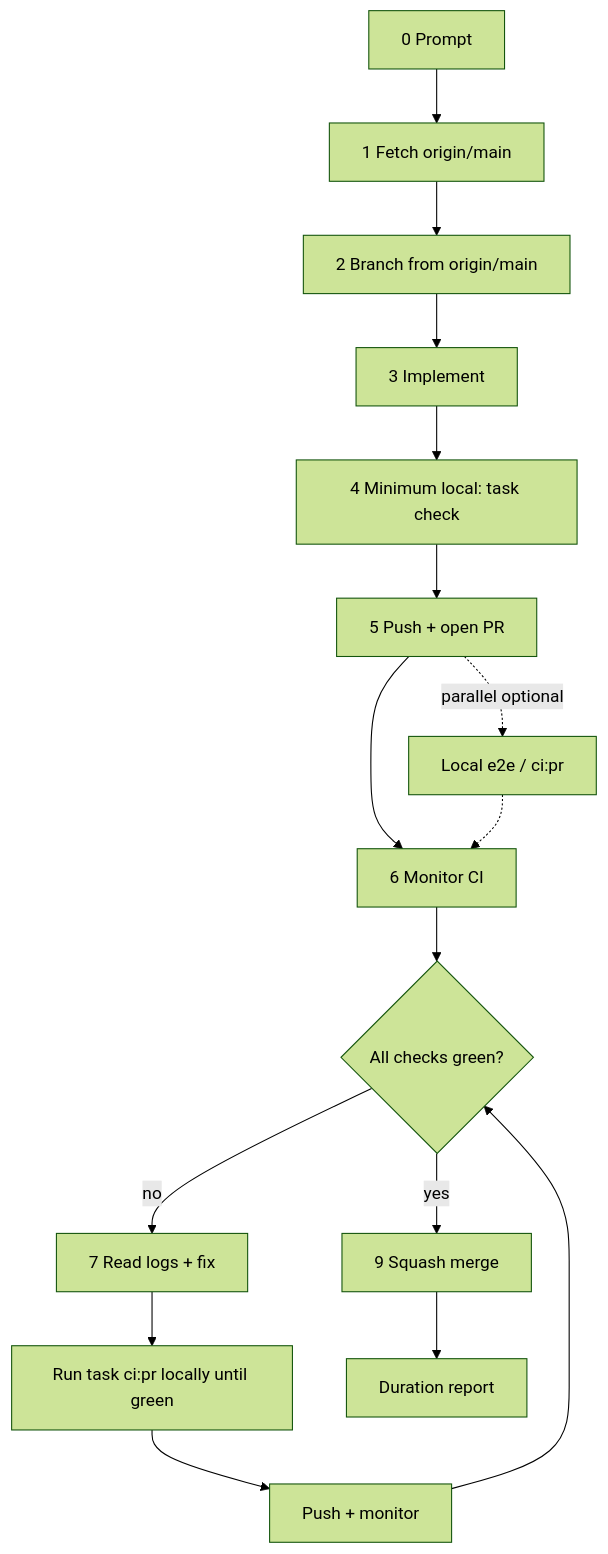
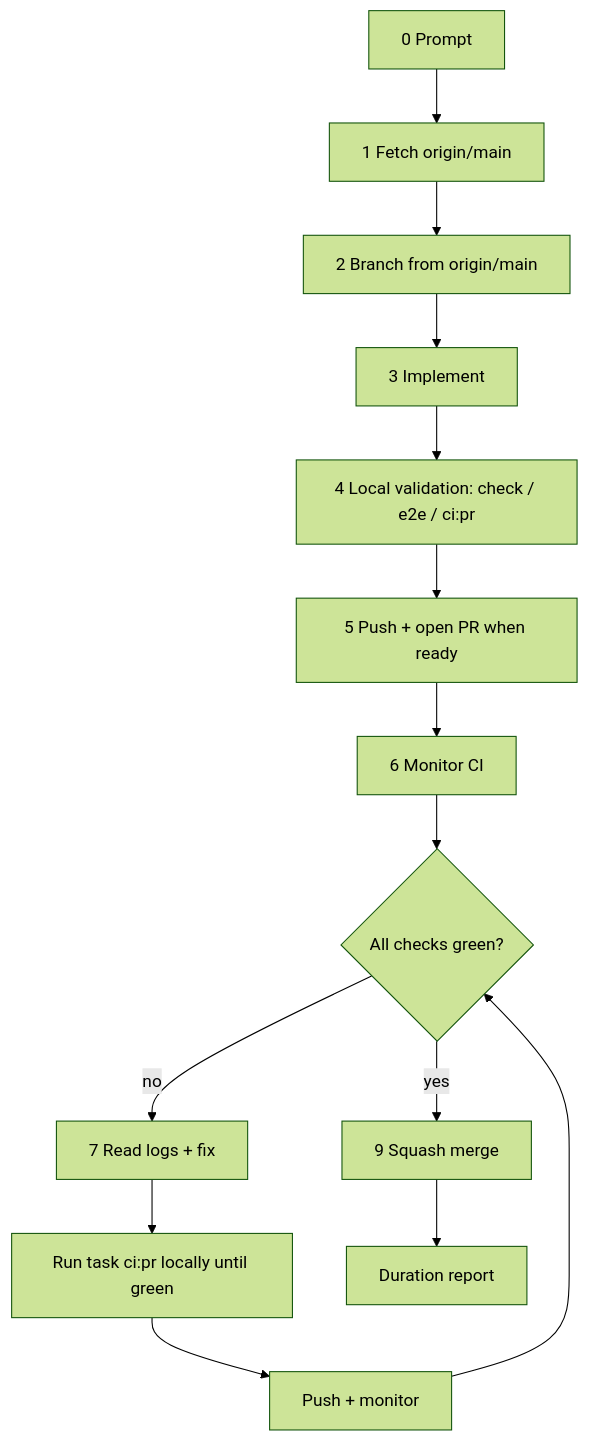
The diagram in .cortex/workflows/coding-bro.md (meta-secret/nook), drawn with Mermaid (forest theme) before and after one commit. The commit also changed other lines of this file and 5 other files, not shown here.

````diff
--- a/.cortex/workflows/coding-bro.md
+++ b/.cortex/workflows/coding-bro.md
@@ -32,18 +47,16 @@
 ```mermaid
 flowchart TD
   P[0 Prompt] --> F[1 Fetch origin/main]
   F --> B[2 Branch from origin/main]
   B --> I[3 Implement]
-  I --> L[4 Minimum local: task check]
-  L --> PU[5 Push + open PR]
+  I --> L[4 Local validation: check / e2e / ci:pr]
+  L --> PU[5 Push + open PR when ready]
   PU --> PR[6 Monitor CI]
-  PU -.->|parallel optional| LOC[Local e2e / ci:pr]
-  LOC -.-> PR
   PR --> G{All checks green?}
   G -->|yes| M[9 Squash merge]
   G -->|no| FIX[7 Read logs + fix]
   FIX --> FULL[Run task ci:pr locally until green]
   FULL --> PUSH[Push + monitor]
   PUSH --> G
   M --> D[Duration report]
 ```
````
